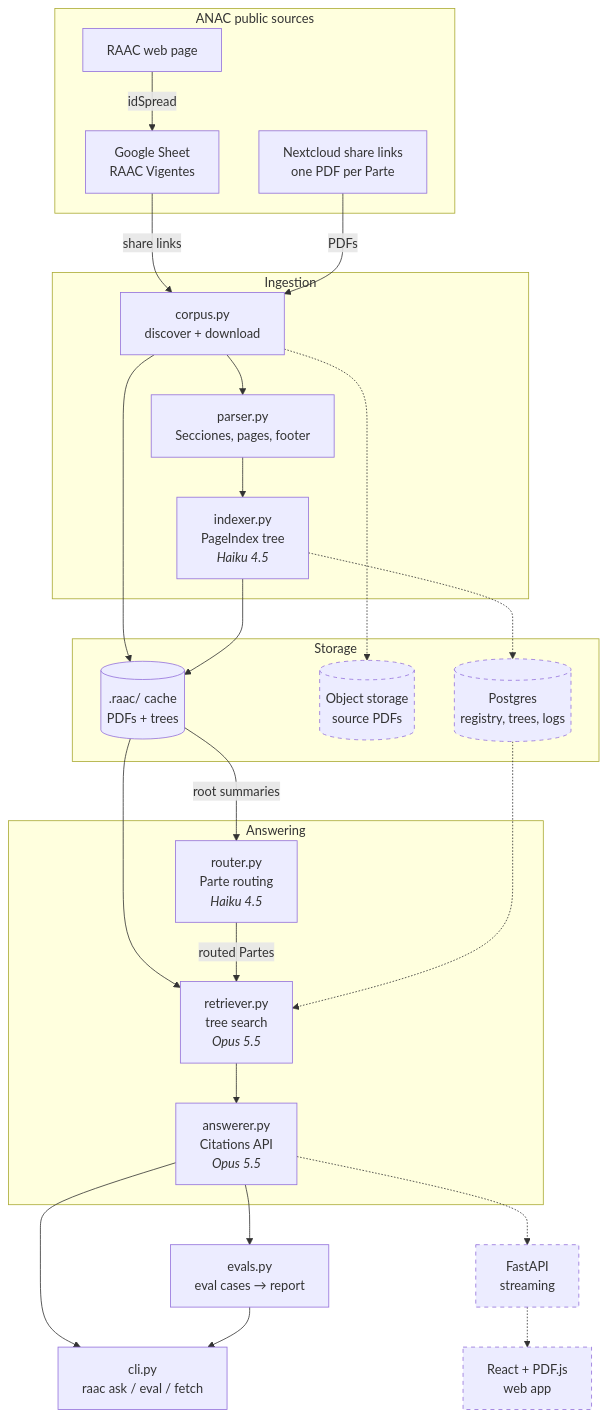
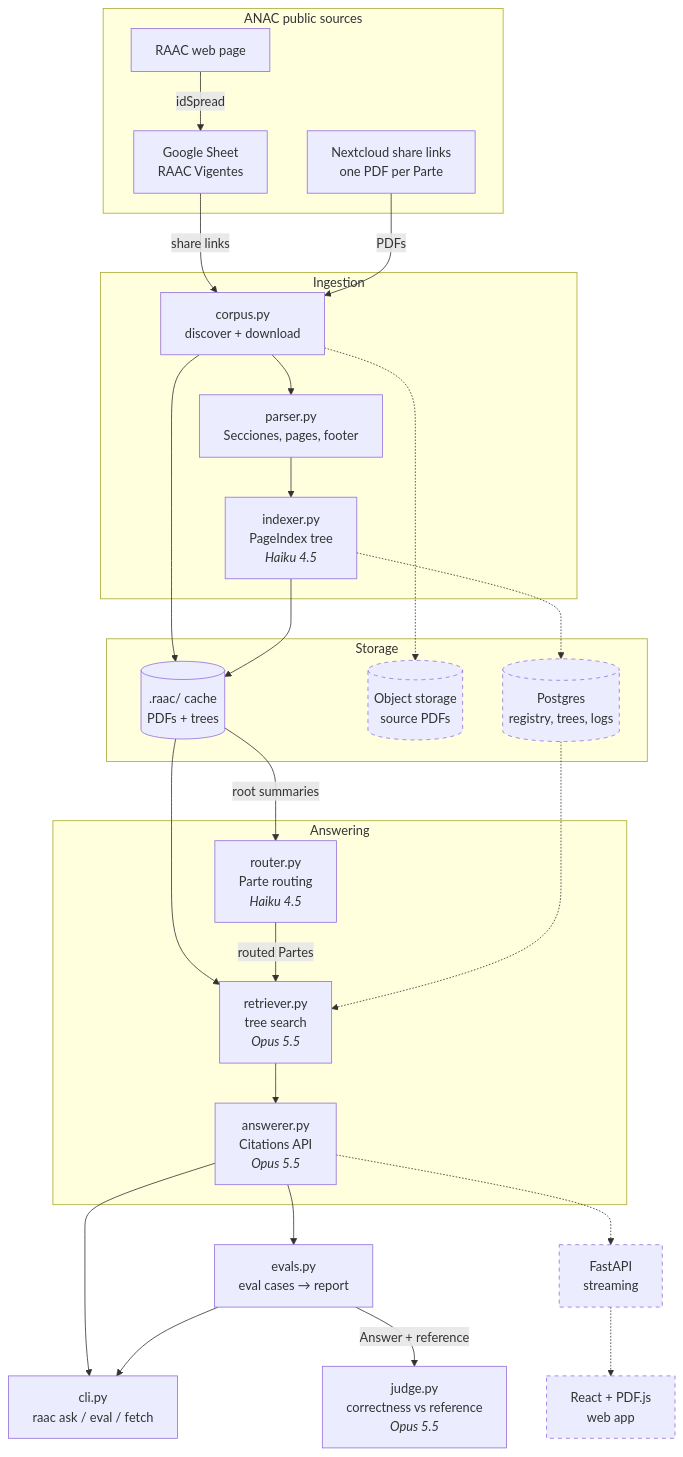
One commit to Guernik/raac-rag changed the diagram in docs/diagrams/architecture.mmd. Above: the diagram before and after it, drawn with Mermaid. The commit also changed 10 other files, not shown here.

First line of the commit message:
feat(evals): correctness score from an LLM judge against the reference Answer (#48)

```diff
--- a/docs/diagrams/architecture.mmd
+++ b/docs/diagrams/architecture.mmd
@@ -1,50 +1,52 @@
 flowchart TB
     subgraph ANAC["ANAC public sources"]
         page["RAAC web page"]
         sheet["Google Sheet<br/>RAAC Vigentes"]
         nc["Nextcloud share links<br/>one PDF per Parte"]
     end
 
     subgraph ingest["Ingestion"]
         corpus["corpus.py<br/>discover + download"]
         parser["parser.py<br/>Secciones, pages, footer"]
         indexer["indexer.py<br/>PageIndex tree<br/><i>Haiku 4.5</i>"]
     end
 
     subgraph store["Storage"]
         cache[(".raac/ cache<br/>PDFs + trees")]
         pdfs[("Object storage<br/>source PDFs")]
         pg[("Postgres<br/>registry, trees, logs")]
     end
 
     subgraph answer["Answering"]
         router["router.py<br/>Parte routing<br/><i>Haiku 4.5</i>"]
         retriever["retriever.py<br/>tree search<br/><i>Opus 5.5</i>"]
         answerer["answerer.py<br/>Citations API<br/><i>Opus 5.5</i>"]
     end
 
     evals["evals.py<br/>eval cases → report"]
+    judge["judge.py<br/>correctness vs reference<br/><i>Opus 5.5</i>"]
 
     cli["cli.py<br/>raac ask / eval / fetch"]
     api["FastAPI<br/>streaming"]
     web["React + PDF.js<br/>web app"]
 
     page -- idSpread --> sheet
     sheet -- share links --> corpus
     nc -- PDFs --> corpus
     corpus --> parser --> indexer
     corpus --> cache
     indexer --> cache
     corpus -.-> pdfs
     indexer -.-> pg
     cache --> retriever
     cache -- root summaries --> router
     router -- routed Partes --> retriever
     pg -.-> retriever
     retriever --> answerer
     answerer --> cli
     answerer --> evals --> cli
+    evals -- Answer + reference --> judge
     answerer -.-> api -.-> web
 
     classDef planned stroke-dasharray: 5 5
     class api,web,pg,pdfs planned
```
